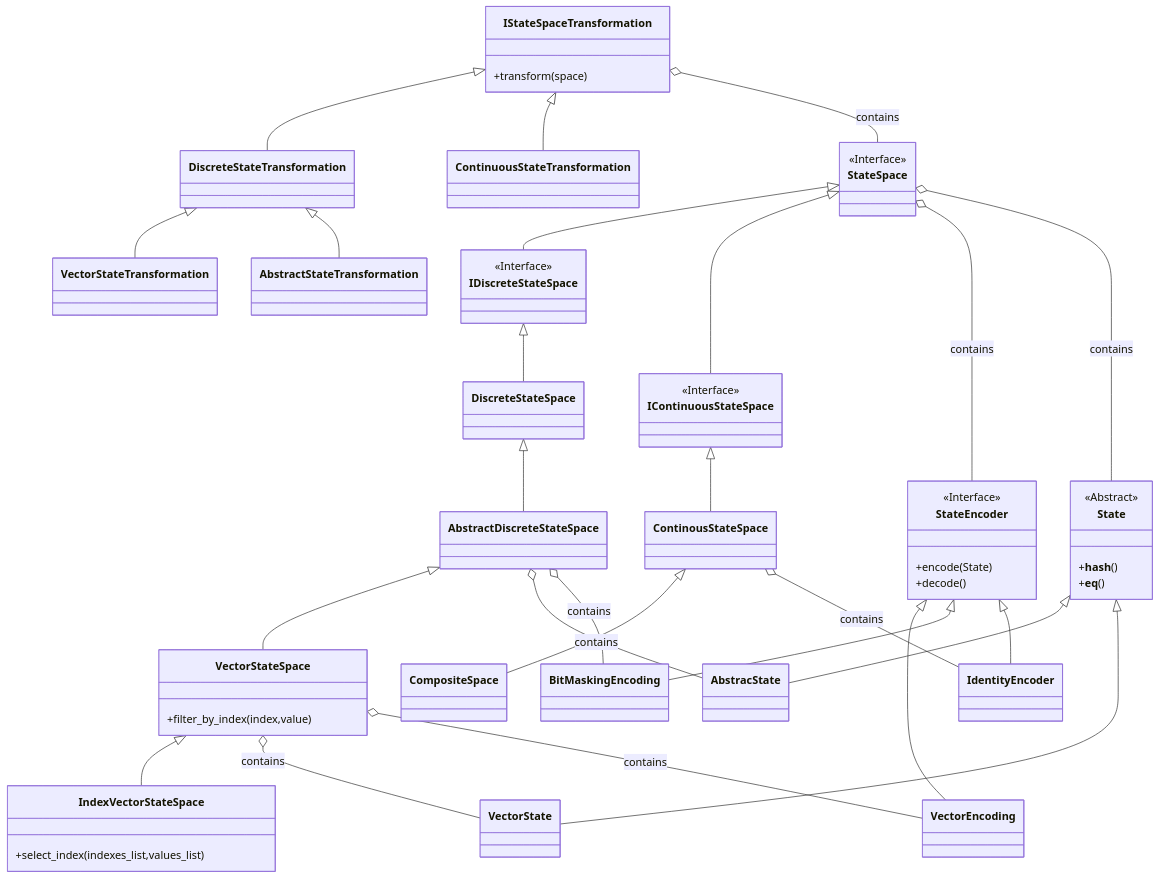
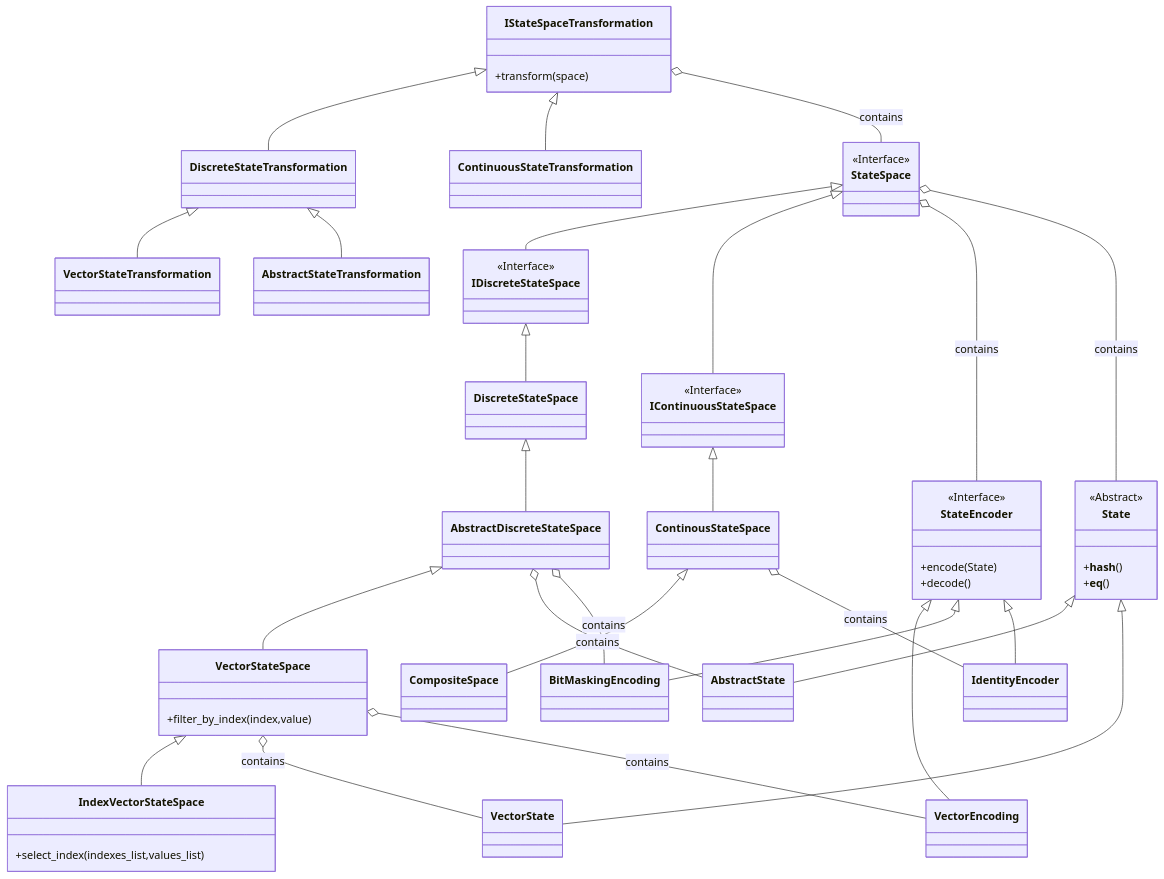
The diagram in docs/core/state/core_state_doc.md (ckCrimson/Field_Dynamic_System), drawn with Mermaid before and after one commit. The commit also changed other lines of this file, not shown here.

````diff
--- a/docs/core/state/core_state_doc.md
+++ b/docs/core/state/core_state_doc.md
@@ -137,32 +132,21 @@
         +__eq__()
     }
     class VectorState{
-
     }
-    class AbstracState{
-
+    class AbstractState{
     }
     class VectorEncoding{
-
     }
     class BitMaskingEncoding{
-
     }
     class IdentityEncoder{
-
     }
 
     class DiscreteStateTransformation{
-
     }
     class ContinuousStateTransformation{
-
     }
 
-
-
-
-    
     %% File: discrete.py
     class StateSpace { <<Interface>> }
     class IContinuousStateSpace { <<Interface>> }
@@ -174,7 +158,6 @@
     }
     class IndexVectorStateSpace{
         +select_index(indexes_list,values_list)
-
     }
     class ContinousStateSpace{}
     class CompositeSpace{}
@@ -184,30 +167,28 @@
         +decode()
      }
 
-
     %% File: transformation.py
     class IStateSpaceTransformation {
         +transform(space)
     }
     
     class VectorStateTransformation{
-
     }
     class AbstractStateTransformation{
-
     }
 
+    %% Inheritance Relationships
+    State <|-- AbstractState
+    State <|-- VectorState
 
-    State <| -- AbstracState
-    State <| -- VectorState
-
-    StateSpace <| -- IDiscreteStateSpace
+    StateSpace <|-- IDiscreteStateSpace
     StateSpace <|-- IContinuousStateSpace
 
-    IDiscreteStateSpace <| -- DiscreteStateSpace
-    DiscreteStateSpace <| -- AbstractDiscreteStateSpace
-    AbstractDiscreteStateSpace <| -- VectorStateSpace
+    IDiscreteStateSpace <|-- DiscreteStateSpace
+    DiscreteStateSpace <|-- AbstractDiscreteStateSpace
+    AbstractDiscreteStateSpace <|-- VectorStateSpace
     VectorStateSpace <|-- IndexVectorStateSpace
+    
     IContinuousStateSpace <|-- ContinousStateSpace
     ContinousStateSpace <|-- CompositeSpace
 
@@ -216,21 +197,18 @@
     StateEncoder <|-- IdentityEncoder
 
     IStateSpaceTransformation <|-- DiscreteStateTransformation
-    IStateSpaceTransformation <| -- ContinuousStateTransformation
-    DiscreteStateTransformation <| -- VectorStateTransformation
-    DiscreteStateTransformation <| -- AbstractStateTransformation
+    IStateSpaceTransformation <|-- ContinuousStateTransformation
+    DiscreteStateTransformation <|-- VectorStateTransformation
+    DiscreteStateTransformation <|-- AbstractStateTransformation
 
-    AbstractDiscreteStateSpace o-- AbstracState :contains
+    %% Composition Relationships
+    AbstractDiscreteStateSpace o-- AbstractState :contains
     VectorStateSpace o-- VectorState: contains
     VectorStateSpace o-- VectorEncoding: contains
     AbstractDiscreteStateSpace o-- BitMaskingEncoding: contains
     ContinousStateSpace o-- IdentityEncoder:contains
     
-
-
     StateSpace o-- StateEncoder :contains
-
     IStateSpaceTransformation o-- StateSpace : contains
-
     StateSpace o-- State : contains
 ```
````
